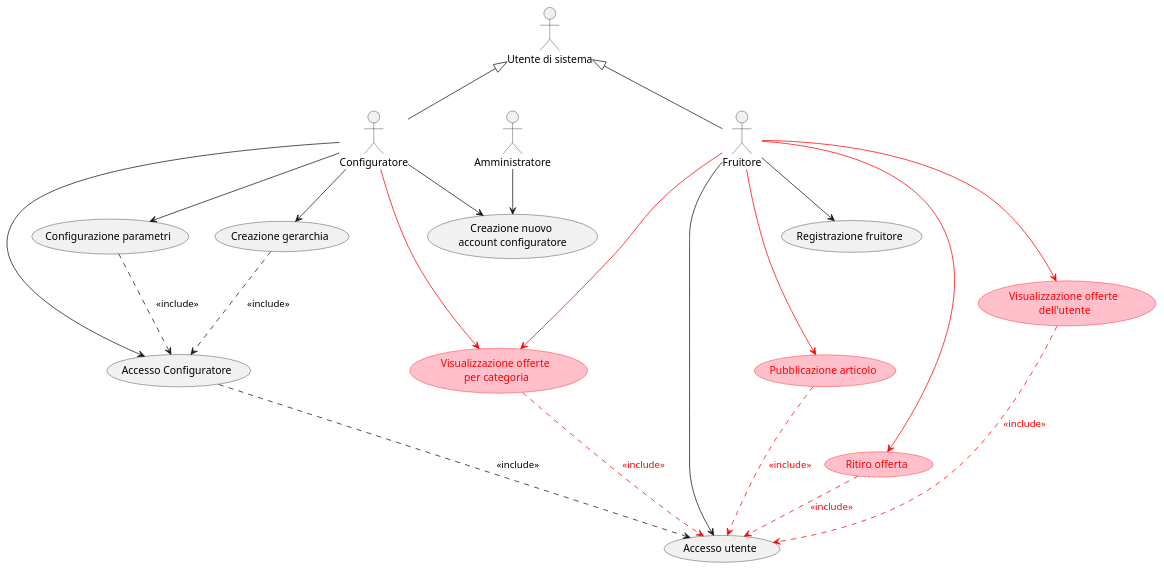
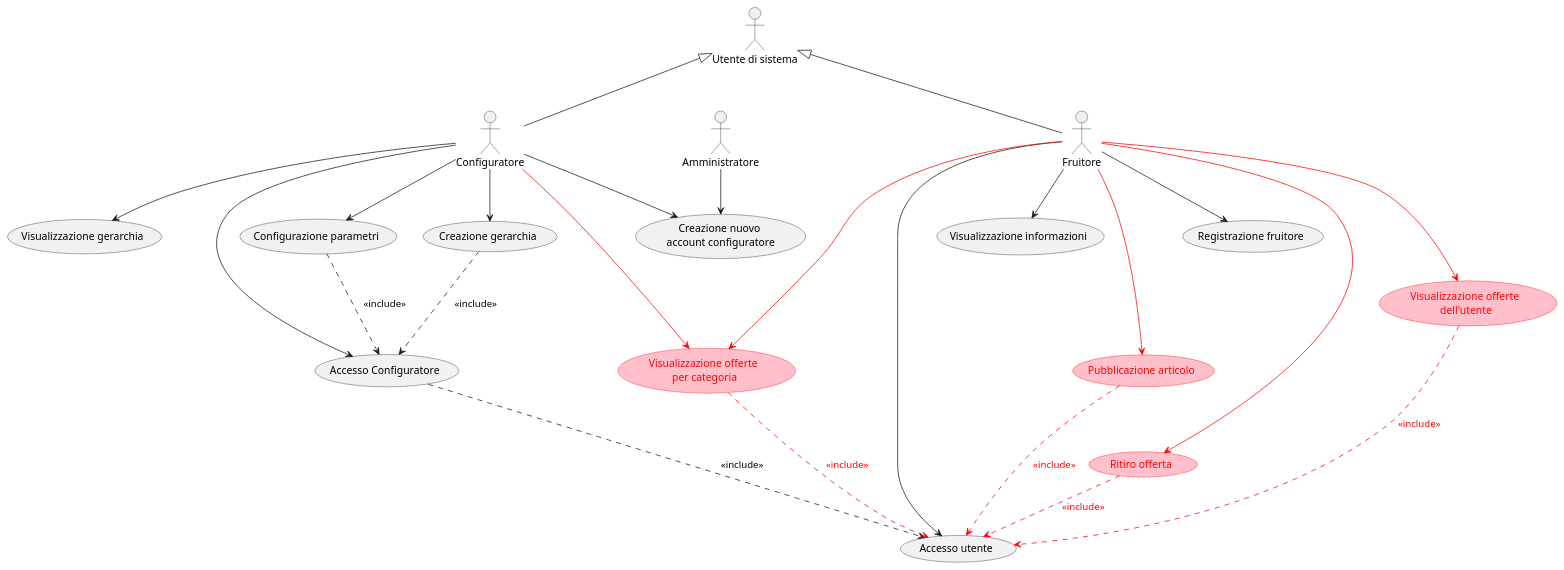
Before and after one commit to Matlice/ing_sw_2022: the diagram in DOC/VER3/diagrams/use_case/version_3.puml, drawn with PlantUML. The commit also changed 10 other files, not shown here.

```diff
--- a/DOC/VER3/diagrams/use_case/version_3.puml
+++ b/DOC/VER3/diagrams/use_case/version_3.puml
@@ -1,52 +1,54 @@
 @startuml
 
 :Utente di sistema: as user
 :Configuratore: as conf
 :Amministratore: as adm
 
 conf -up-|> user
 conf --> (Accesso Configuratore)
 conf --> (Creazione gerarchia)
 
 adm --> (Creazione nuovo \naccount configuratore)
 conf --> (Creazione nuovo \naccount configuratore)
+conf --> (Visualizzazione gerarchia)
 
 (Accesso Configuratore) ..> (Accesso utente): <<include>>
 (Creazione gerarchia) ..> (Accesso Configuratore): <<include>>
 
 :Fruitore: as fruit
 
 fruit -up-|> user
 
 (Configurazione parametri)
 (Registrazione fruitore)
 
 conf --> (Configurazione parametri)
+fruit --> (Visualizzazione informazioni)
 fruit --> (Registrazione fruitore)
 fruit --> (Accesso utente)
 (Configurazione parametri) ..> (Accesso Configuratore) : <<include>>
 
 
 'VERSIONE 3 ==========================================
 
 (Pubblicazione articolo) #pink;line:red;text:red
 (Ritiro offerta) #pink;line:red;text:red
 (Visualizzazione offerte \nper categoria) #pink;line:red;text:red
 (Visualizzazione offerte \ndell'utente) #pink;line:red;text:red
 
 fruit --> (Pubblicazione articolo) #red;text:red
 fruit --> (Ritiro offerta) #red;text:red
 fruit --> (Visualizzazione offerte \nper categoria) #red;text:red
 conf --> (Visualizzazione offerte \nper categoria) #red;text:red
 fruit --> (Visualizzazione offerte \ndell'utente) #red;text:red
 
 (Creazione gerarchia) -[hidden]- (Visualizzazione offerte \nper categoria)
 (Registrazione fruitore) -[hidden]- (Pubblicazione articolo)
 (Pubblicazione articolo) -[hidden]- (Ritiro offerta)
 
 (Visualizzazione offerte \ndell'utente) ..> (Accesso utente) #red;text:red : <<include>>
 (Visualizzazione offerte \nper categoria) ..> (Accesso utente) #red;text:red : <<include>>
 (Ritiro offerta) ..> (Accesso utente) #red;text:red : <<include>>
 (Pubblicazione articolo)  ..> (Accesso utente) #red;text:red : <<include>>
 
 @enduml
```
